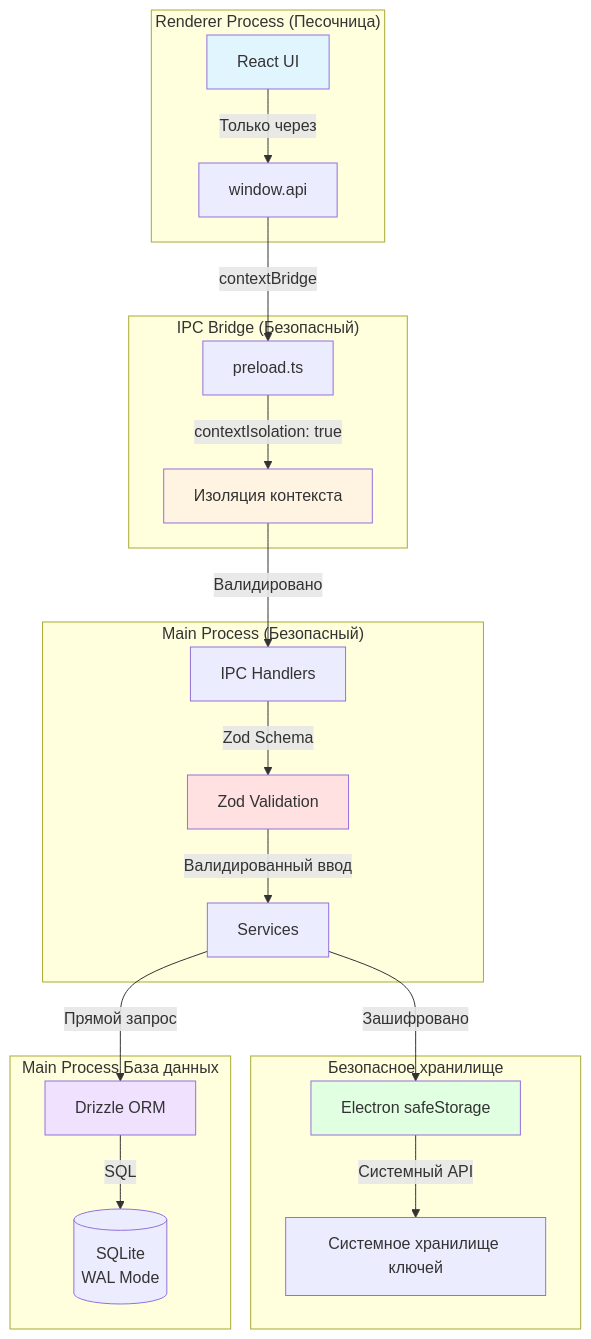
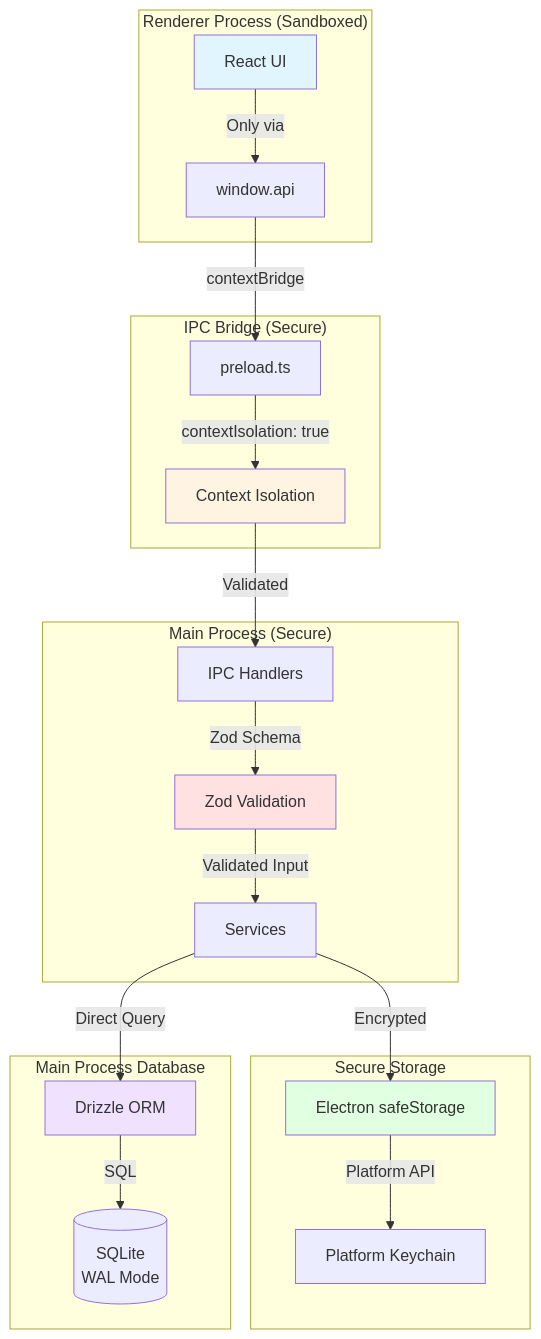
One commit to KazeKaze93/RuleDesk changed the fifth of 11 diagrams in .docs-i18n/ru/docs/architecture.md. Above: the diagram before and after it, drawn with Mermaid. The commit also changed other lines of this file and 8 other files, not shown here.

````diff
--- a/.docs-i18n/ru/docs/architecture.md
+++ b/.docs-i18n/ru/docs/architecture.md
@@ -680,45 +689,45 @@
 ```mermaid
 graph TB
-    subgraph "Renderer Process (Песочница)"
+    subgraph "Renderer Process (Sandboxed)"
         ReactUI[React UI]
         BridgeAPI[window.api]
     end
 
-    subgraph "IPC Bridge (Безопасный)"
+    subgraph "IPC Bridge (Secure)"
         Preload[preload.ts]
-        ContextIsolation[Изоляция контекста]
+        ContextIsolation[Context Isolation]
     end
 
-    subgraph "Main Process (Безопасный)"
+    subgraph "Main Process (Secure)"
         IPCHandlers[IPC Handlers]
         ZodValidation[Zod Validation]
         Services[Services]
     end
 
-    subgraph "Безопасное хранилище"
+    subgraph "Secure Storage"
         SafeStorage[Electron safeStorage]
-        Keychain[Системное хранилище ключей]
+        Keychain[Platform Keychain]
     end
 
-    subgraph "Main Process База данных"
+    subgraph "Main Process Database"
         DrizzleORM[Drizzle ORM]
         SQLite[(SQLite<br/>WAL Mode)]
     end
 
-    ReactUI -->|Только через| BridgeAPI
+    ReactUI -->|Only via| BridgeAPI
     BridgeAPI -->|contextBridge| Preload
     Preload -->|contextIsolation: true| ContextIsolation
-    ContextIsolation -->|Валидировано| IPCHandlers
+    ContextIsolation -->|Validated| IPCHandlers
     IPCHandlers -->|Zod Schema| ZodValidation
-    ZodValidation -->|Валидированный ввод| Services
-    Services -->|Зашифровано| SafeStorage
-    SafeStorage -->|Системный API| Keychain
-    Services -->|Прямой запрос| DrizzleORM
+    ZodValidation -->|Validated Input| Services
+    Services -->|Encrypted| SafeStorage
+    SafeStorage -->|Platform API| Keychain
+    Services -->|Direct Query| DrizzleORM
     DrizzleORM -->|SQL| SQLite
 
     style ReactUI fill:#e1f5ff
     style ContextIsolation fill:#fff4e1
     style ZodValidation fill:#ffe1e1
     style SafeStorage fill:#e1ffe1
     style DrizzleORM fill:#f0e1ff
 ```
````
